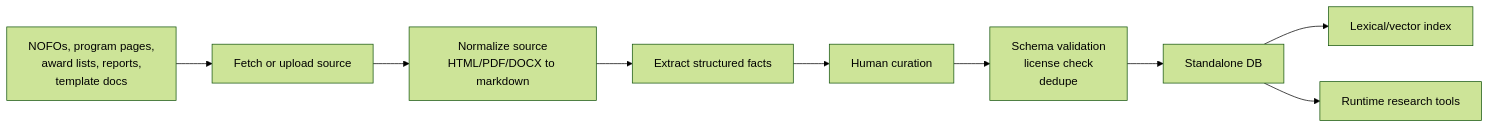
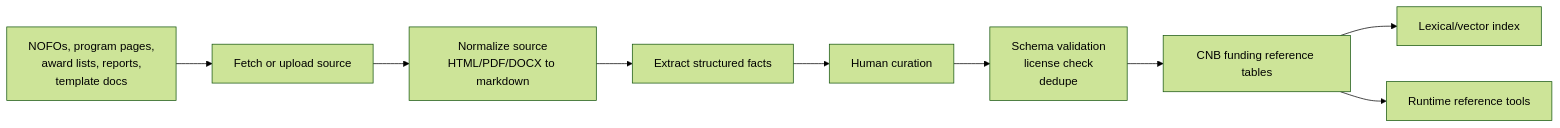
Before and after one commit to Open-Earth-Foundation/CityCatalyst: the seventh of 14 diagrams in docs/ConceptNoteBuilderArchitecture.md, drawn with Mermaid (forest theme). The commit also changed other lines of this file, not shown here.

Commit message:
docs: clarify CNB database tables and evidence links

````diff
--- a/docs/ConceptNoteBuilderArchitecture.md
+++ b/docs/ConceptNoteBuilderArchitecture.md
@@ -578,11 +602,11 @@
 ```mermaid
 flowchart LR
     Sources["NOFOs, program pages,<br/>award lists, reports,<br/>template docs"] --> Fetch["Fetch or upload source"]
     Fetch --> Convert["Normalize source<br/>HTML/PDF/DOCX to markdown"]
     Convert --> Extract["Extract structured facts"]
     Extract --> Curate["Human curation"]
     Curate --> Validate["Schema validation<br/>license check<br/>dedupe"]
-    Validate --> Store["Standalone DB"]
+    Validate --> Store["CNB funding reference tables"]
     Store --> Index["Lexical/vector index"]
-    Store --> Tools["Runtime research tools"]
+    Store --> Tools["Runtime reference tools"]
 ```
````
